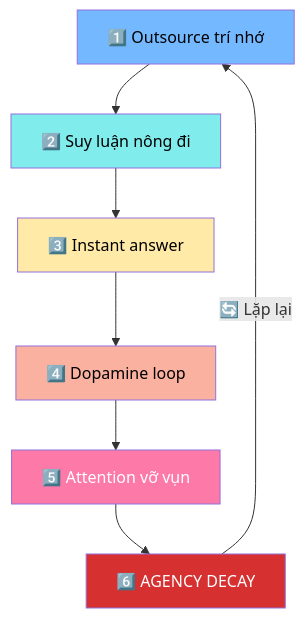
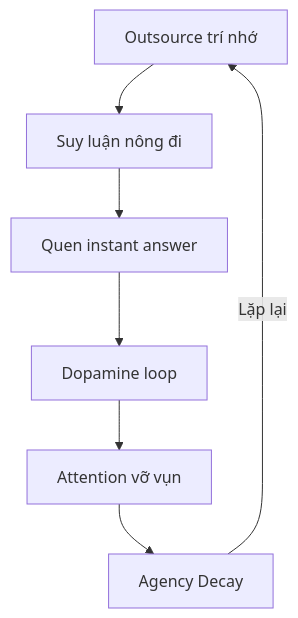
One commit to dyukahi/knowledge changed the second of 2 diagrams in mental-models/Bộ Não Rỗng và AI Brain Rot.md. Above: the diagram before and after it, drawn with Mermaid. The commit also changed other lines of this file, not shown here.

Commit message:
Simplify Mermaid diagrams: no custom colors, clean text

````diff
--- a/mental-models/Bộ Não Rỗng và AI Brain Rot.md
+++ b/mental-models/Bộ Não Rỗng và AI Brain Rot.md
@@ -147,19 +143,9 @@
 ```mermaid
 flowchart TD
-    S1["1️⃣ Outsource trí nhớ"]
-    S2["2️⃣ Suy luận nông đi"]
-    S3["3️⃣ Instant answer"]
-    S4["4️⃣ Dopamine loop"]
-    S5["5️⃣ Attention vỡ vụn"]
-    S6["6️⃣ AGENCY DECAY"]
-    
-    S1 --> S2 --> S3 --> S4 --> S5 --> S6
-    S6 -->|"🔄 Lặp lại"| S1
-    
-    style S1 fill:#74b9ff,color:#000
-    style S2 fill:#81ecec,color:#000
-    style S3 fill:#ffeaa7,color:#000
-    style S4 fill:#fab1a0,color:#000
-    style S5 fill:#fd79a8,color:#fff
-    style S6 fill:#d63031,color:#fff
+    S1[Outsource trí nhớ] --> S2[Suy luận nông đi]
+    S2 --> S3[Quen instant answer]
+    S3 --> S4[Dopamine loop]
+    S4 --> S5[Attention vỡ vụn]
+    S5 --> S6[Agency Decay]
+    S6 -->|Lặp lại| S1
 ```
````
